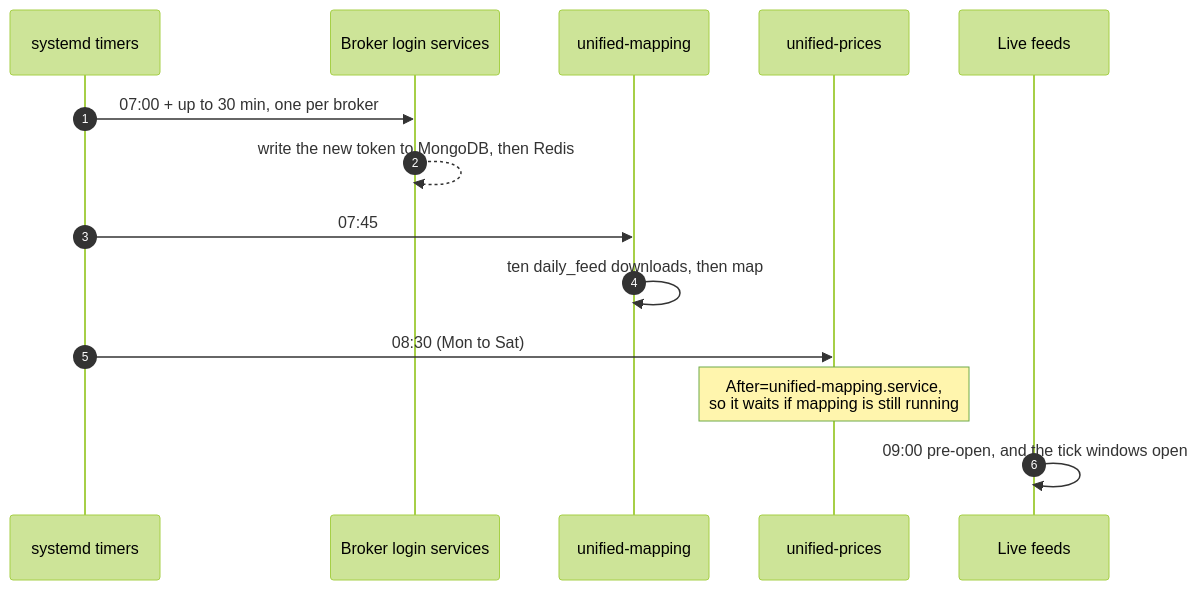
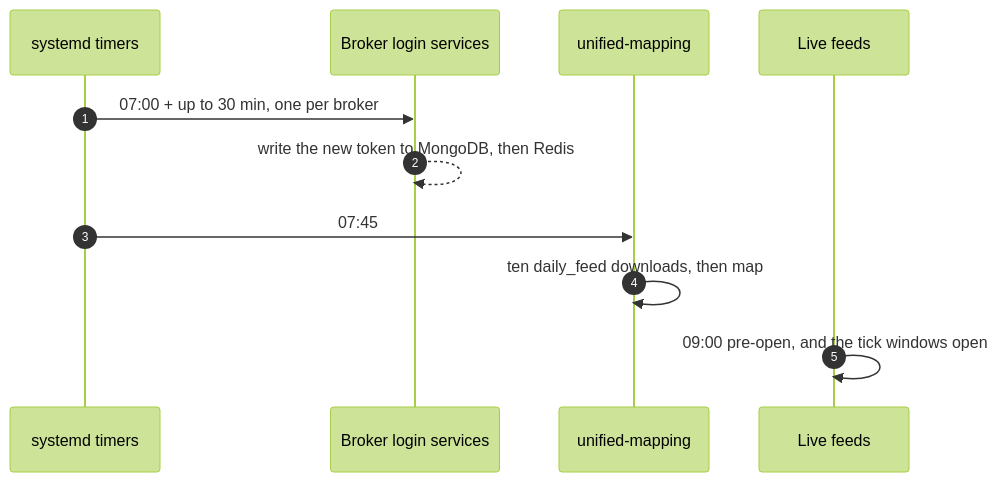
One commit to pramodathani/unified_broker_interface changed the diagram in docs/operations/schedule.md. Above: the diagram before and after it, drawn with Mermaid (forest theme). The commit also changed other lines of this file and 11 other files, not shown here.

````diff
--- a/docs/operations/schedule.md
+++ b/docs/operations/schedule.md
@@ -107,16 +107,13 @@
 ```mermaid
 sequenceDiagram
     autonumber
     participant T as systemd timers
     participant B as Broker login services
     participant M as unified-mapping
-    participant P as unified-prices
     participant F as Live feeds
     T->>B: 07:00 + up to 30 min, one per broker
     B-->>B: write the new token to MongoDB, then Redis
     T->>M: 07:45
     M->>M: ten daily_feed downloads, then map
-    T->>P: 08:30 (Mon to Sat)
-    Note over P: After=unified-mapping.service,<br/>so it waits if mapping is still running
     F->>F: 09:00 pre-open, and the tick windows open
 ```
````
